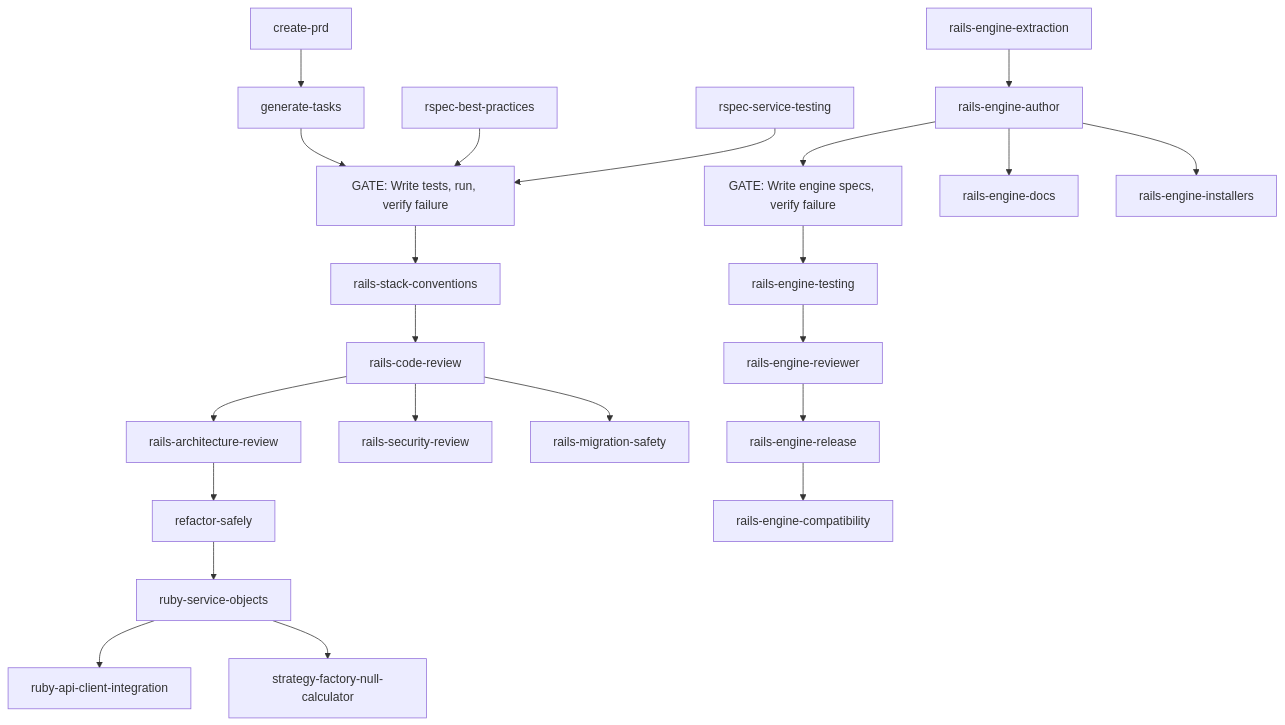
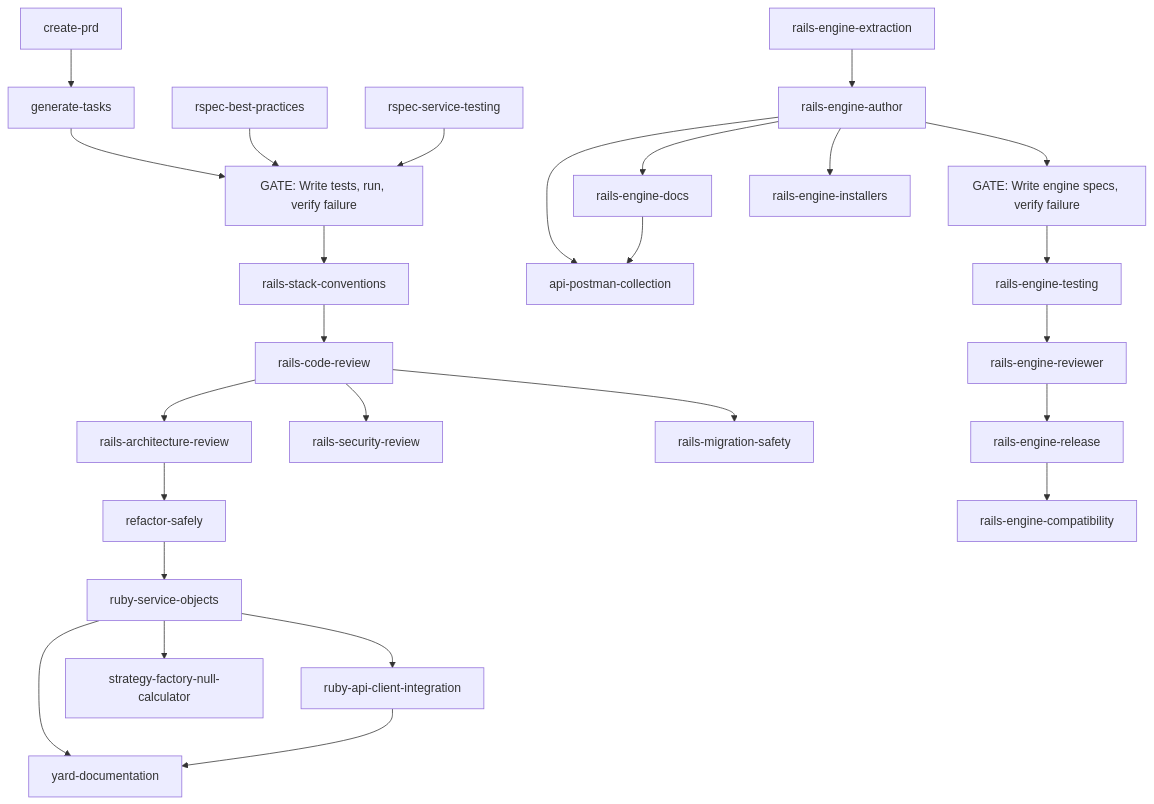
Before and after one commit to igmarin/my-RoR-personal-skills: the diagram in README.md, drawn with Mermaid. The commit also changed other lines of this file and 10 other files, not shown here.

````diff
--- a/README.md
+++ b/README.md
@@ -166,29 +170,33 @@
 ```mermaid
 flowchart TD
     createPRD[create-prd] --> generateTasks[generate-tasks]
     generateTasks --> testGate["GATE: Write tests, run, verify failure"]
     testGate --> stackConventions[rails-stack-conventions]
     stackConventions --> codeReview[rails-code-review]
 
     codeReview --> archReview[rails-architecture-review]
     codeReview --> secReview[rails-security-review]
     codeReview --> migrationSafety[rails-migration-safety]
 
     archReview --> refactorSafely[refactor-safely]
     refactorSafely --> serviceObjects[ruby-service-objects]
 
     serviceObjects --> apiClient[ruby-api-client-integration]
     serviceObjects --> strategyFactory[strategy-factory-null-calculator]
+    serviceObjects --> yardDoc[yard-documentation]
+    apiClient --> yardDoc
+    engineAuthor --> postman[api-postman-collection]
+    engineDocs[rails-engine-docs] --> postman
 
     rspecBest[rspec-best-practices] --> testGate
     rspecService[rspec-service-testing] --> testGate
 
     engineAuthor[rails-engine-author] --> engineTestGate["GATE: Write engine specs, verify failure"]
     engineTestGate --> engineTesting[rails-engine-testing]
     engineAuthor --> engineDocs[rails-engine-docs]
     engineAuthor --> engineInstallers[rails-engine-installers]
     engineTesting --> engineReviewer[rails-engine-reviewer]
     engineReviewer --> engineRelease[rails-engine-release]
     engineRelease --> engineCompat[rails-engine-compatibility]
     engineExtraction[rails-engine-extraction] --> engineAuthor
 ```
````
